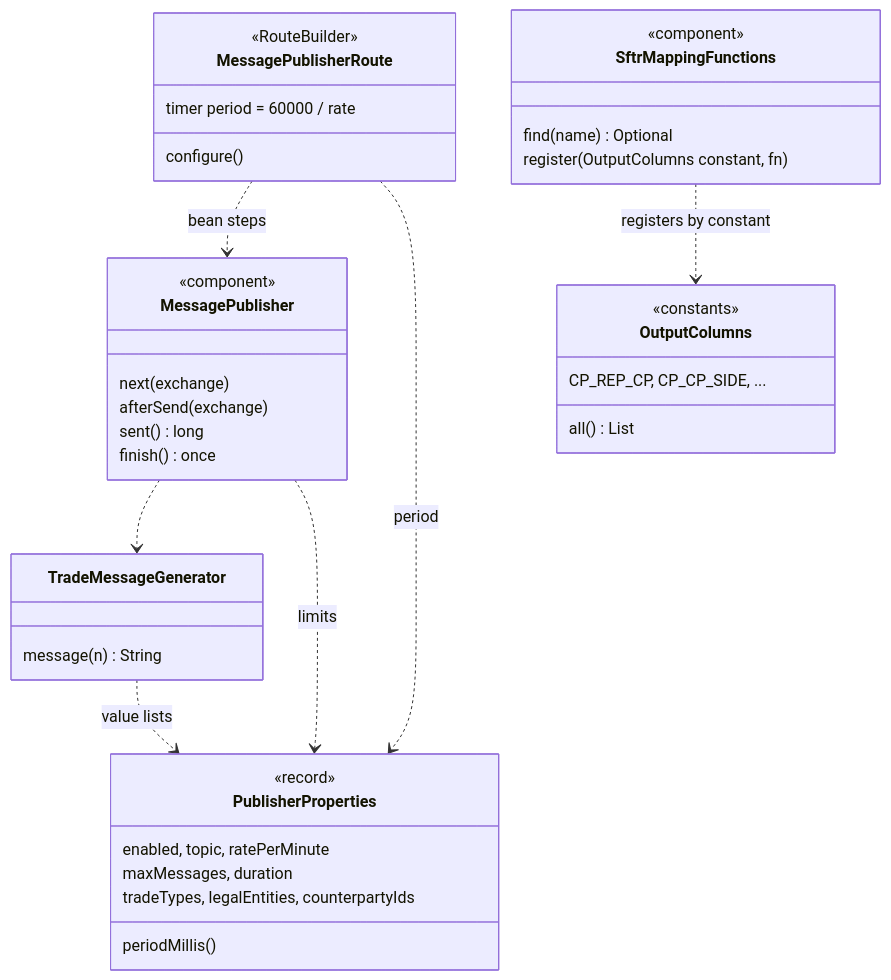
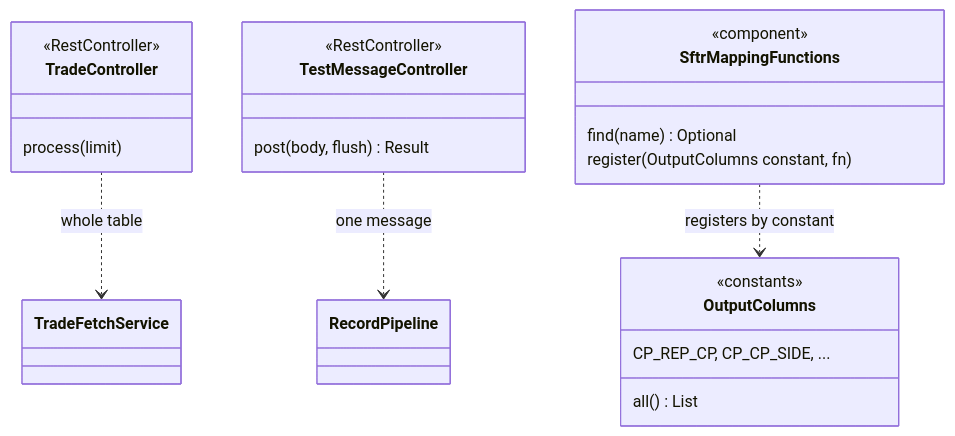
One commit to shanregs/msg-transformer changed the seventh of 13 diagrams in docs/c4-architecture.md. Above: the diagram before and after it, drawn with Mermaid. The commit also changed other lines of this file and 72 other files, not shown here.

````diff
--- a/docs/c4-architecture.md
+++ b/docs/c4-architecture.md
@@ -272,42 +281,25 @@
 ```mermaid
 classDiagram
-    class MessagePublisherRoute {
-        <<RouteBuilder>>
-        timer period = 60000 / rate
-        configure()
+    class TradeController {
+        <<RestController>>
+        process(limit)
     }
-    class MessagePublisher {
-        <<component>>
-        next(exchange)
-        afterSend(exchange)
-        sent() long
-        finish() once
-    }
-    class TradeMessageGenerator {
-        message(n) String
-    }
-    class PublisherProperties {
-        <<record>>
-        enabled, topic, ratePerMinute
-        maxMessages, duration
-        tradeTypes, legalEntities, counterpartyIds
-        periodMillis()
+    class TestMessageController {
+        <<RestController>>
+        post(body, flush) Result
     }
     class OutputColumns {
         <<constants>>
         CP_REP_CP, CP_CP_SIDE, ...
         all() List
     }
     class SftrMappingFunctions {
         <<component>>
         find(name) Optional
         register(OutputColumns constant, fn)
     }
 
-    MessagePublisherRoute ..> MessagePublisher : bean steps
-    MessagePublisherRoute ..> PublisherProperties : period
-    MessagePublisher ..> TradeMessageGenerator
-    MessagePublisher ..> PublisherProperties : limits
-    TradeMessageGenerator ..> PublisherProperties : value lists
     SftrMappingFunctions ..> OutputColumns : registers by constant
+    TradeController ..> TradeFetchService : whole table
+    TestMessageController ..> RecordPipeline : one message
 ```
````
